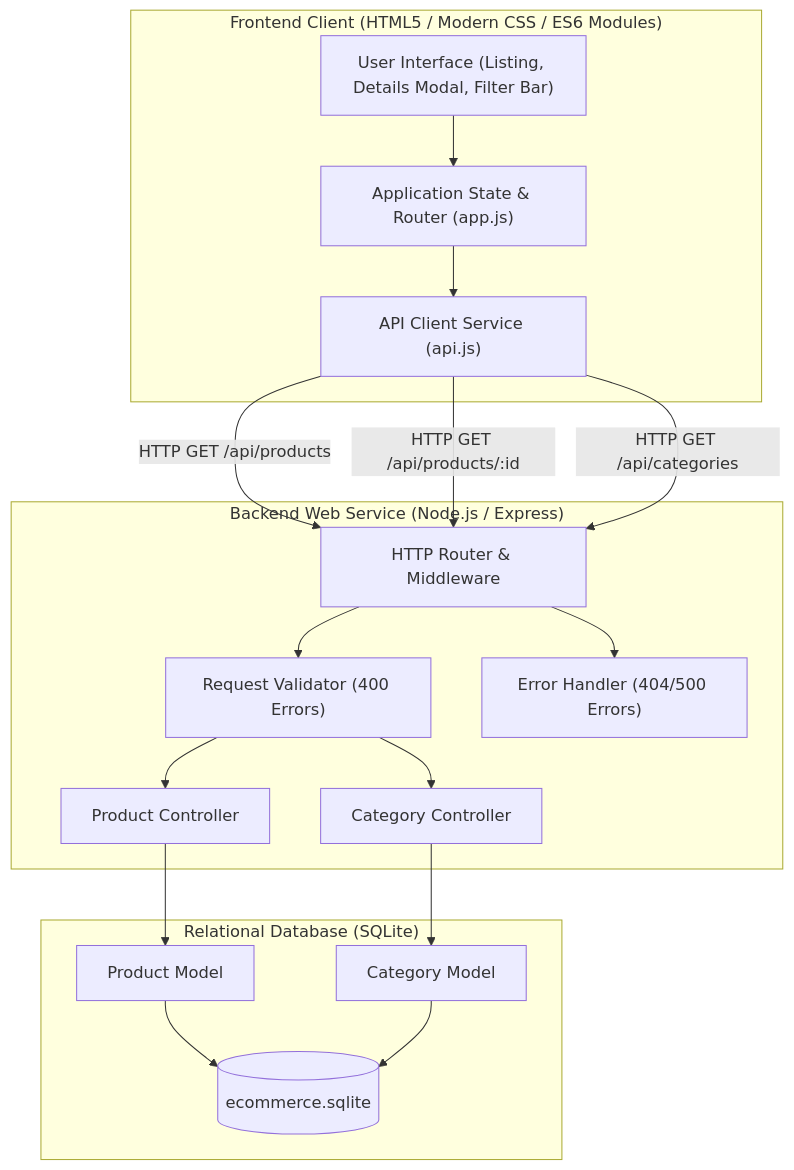
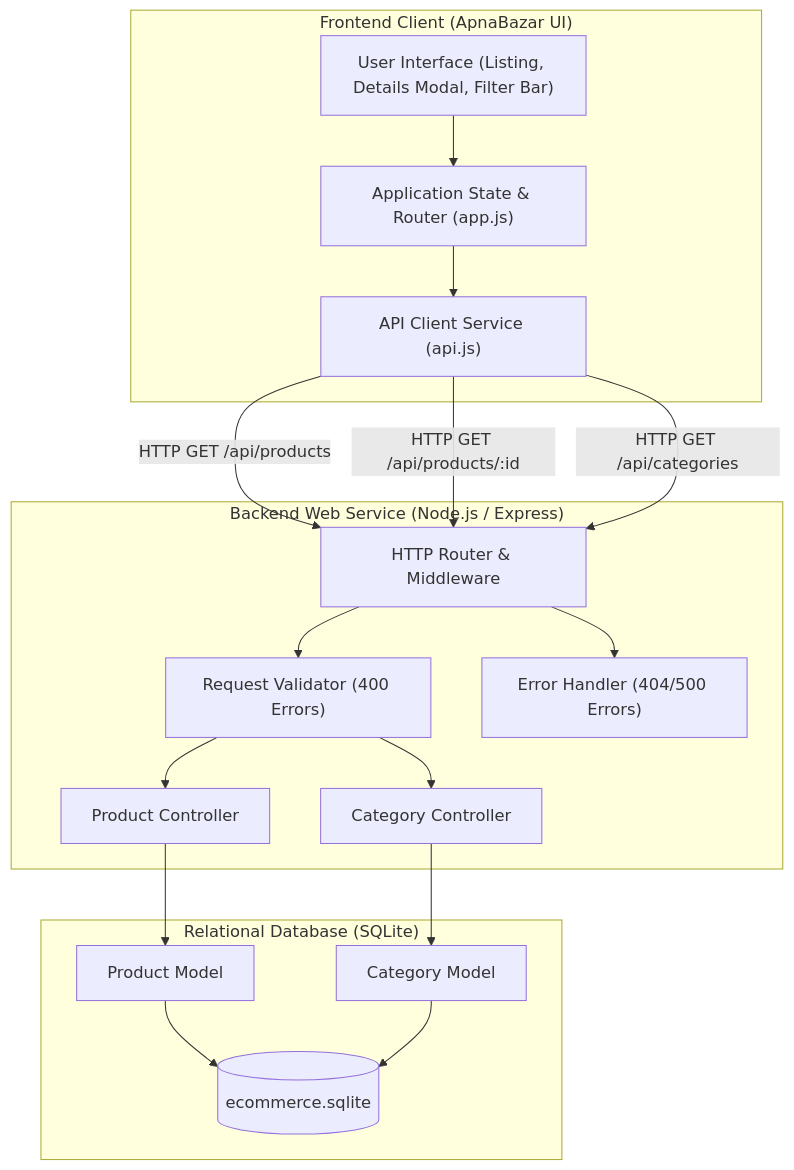
Before and after one commit to abhaybadoni/EComProject: the first of 2 diagrams in README.md, drawn with Mermaid. The commit also changed other lines of this file and 13 other files, not shown here.

Commit message:
feat: transform website look and data to Indian scenario (ApnaBazar theme, INR currency, COD, MRP discounts)

````diff
--- a/README.md
+++ b/README.md
@@ -64,38 +74,38 @@
 ```mermaid
 flowchart TD
-    subgraph Browser ["Frontend Client (HTML5 / Modern CSS / ES6 Modules)"]
+    subgraph Browser ["Frontend Client (ApnaBazar UI)"]
         UI["User Interface (Listing, Details Modal, Filter Bar)"]
         State["Application State & Router (app.js)"]
         ApiClient["API Client Service (api.js)"]
         UI --> State
         State --> ApiClient
     end
 
     subgraph Backend ["Backend Web Service (Node.js / Express)"]
         Router["HTTP Router & Middleware"]
         Val["Request Validator (400 Errors)"]
         PC["Product Controller"]
         CC["Category Controller"]
         Err["Error Handler (404/500 Errors)"]
 
         Router --> Val
         Val --> PC
         Val --> CC
         Router --> Err
     end
 
     subgraph Database ["Relational Database (SQLite)"]
         PModel["Product Model"]
         CModel["Category Model"]
         SQLDB[("ecommerce.sqlite")]
 
         PC --> PModel
         CC --> CModel
         PModel --> SQLDB
         CModel --> SQLDB
     end
 
     ApiClient -- "HTTP GET /api/products" --> Router
     ApiClient -- "HTTP GET /api/products/:id" --> Router
     ApiClient -- "HTTP GET /api/categories" --> Router
 ```
````
